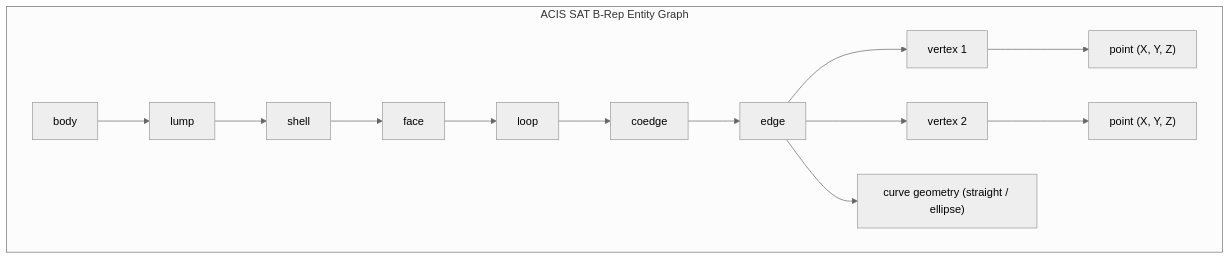
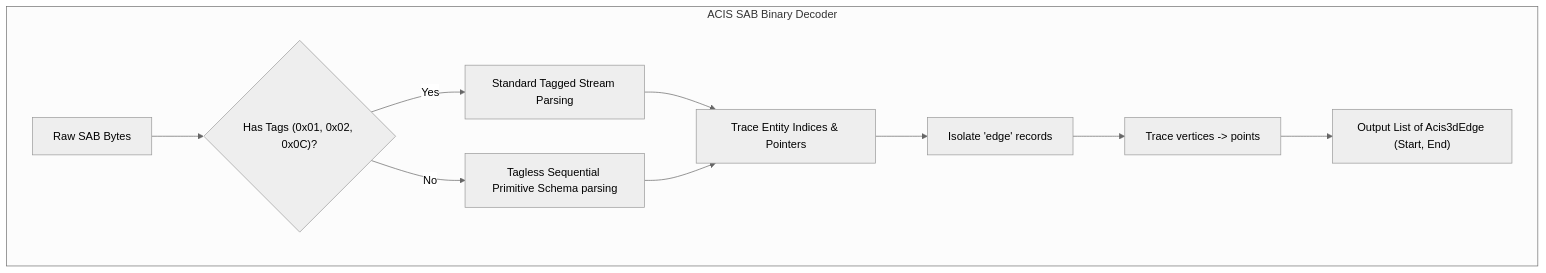
The eighth of 11 diagrams in DXF.md (ehtick/ProGPU), drawn with Mermaid (neutral theme) before and after one commit. The commit also changed other lines of this file, not shown here.

Commit message:
docs(dxf): expand specification with SAB parsing, GPU 3D lines, cross-hatching, and MULTILEADER details

````diff
--- a/DXF.md
+++ b/DXF.md
@@ -706,16 +719,15 @@
 ```mermaid
 graph TD
-    subgraph ACIS SAT B-Rep Entity Graph
-        Body["body"] --> Lump["lump"]
-        Lump --> Shell["shell"]
-        Shell --> Face["face"]
-        Face --> Loop["loop"]
-        Loop --> Coedge["coedge"]
-        Coedge --> Edge["edge"]
-        Edge --> Vertex1["vertex 1"]
-        Edge --> Vertex2["vertex 2"]
-        Edge --> Curve["curve geometry (straight / ellipse)"]
-        Vertex1 --> Point1["point (X, Y, Z)"]
-        Vertex2 --> Point2["point (X, Y, Z)"]
+    subgraph ACIS SAB Binary Decoder
+        SAB["Raw SAB Bytes"] --> tagCheck{"Has Tags (0x01, 0x02, 0x0C)?"}
+        tagCheck -- "Yes" --> parseTagged["Standard Tagged Stream Parsing"]
+        tagCheck -- "No" --> parseSequential["Tagless Sequential Primitive Schema parsing"]
+        
+        parseTagged --> reconstruct["Trace Entity Indices & Pointers"]
+        parseSequential --> reconstruct
+        
+        reconstruct --> extractEdges["Isolate 'edge' records"]
+        extractEdges --> traceVertices["Trace vertices -> points"]
+        traceVertices --> output3D["Output List of Acis3dEdge (Start, End)"]
     end
 ```
````
